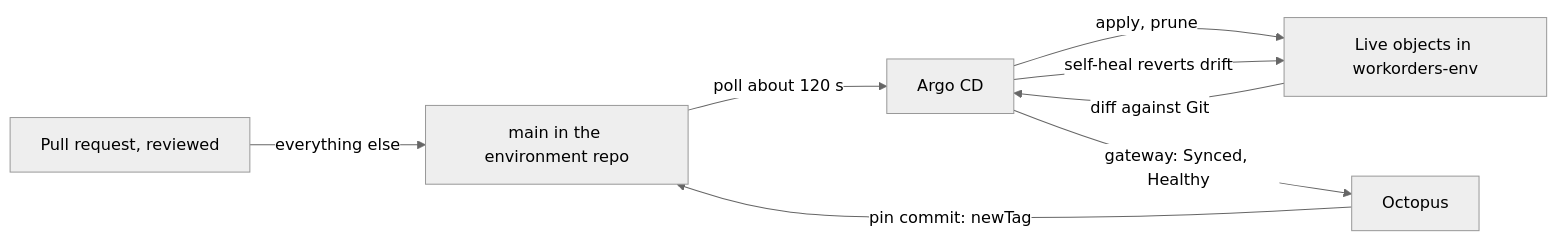
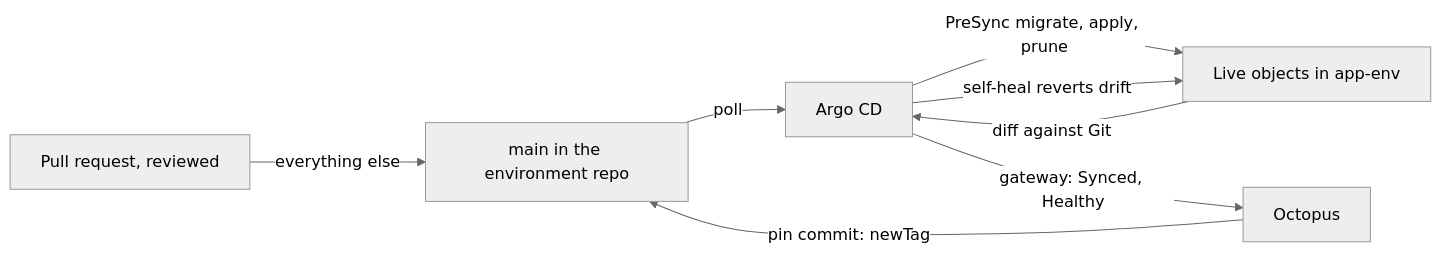
Before and after one commit to clearmeasure-aisf-sample-apps/basic-environment-octopus-codefresh: the diagram in docs/walkthroughs/04-drift-and-rollback.md, drawn with Mermaid (neutral theme). The commit also changed other lines of this file and 743 other files, not shown here.

````diff
--- a/docs/walkthroughs/04-drift-and-rollback.md
+++ b/docs/walkthroughs/04-drift-and-rollback.md
@@ -21,10 +23,10 @@
 ```mermaid
 flowchart LR
-    git["main in the environment repo"] -->|"poll about 120 s"| argo["Argo CD"]
-    argo -->|"apply, prune"| live["Live objects in workorders-env"]
+    git["main in the environment repo"] -->|"poll"| argo["Argo CD"]
+    argo -->|"PreSync migrate, apply, prune"| live["Live objects in app-env"]
     live -->|"diff against Git"| argo
     argo -->|"self-heal reverts drift"| live
     octo["Octopus"] -->|"pin commit: newTag"| git
     argo -->|"gateway: Synced, Healthy"| octo
     human["Pull request, reviewed"] -->|"everything else"| git
 ```
````
